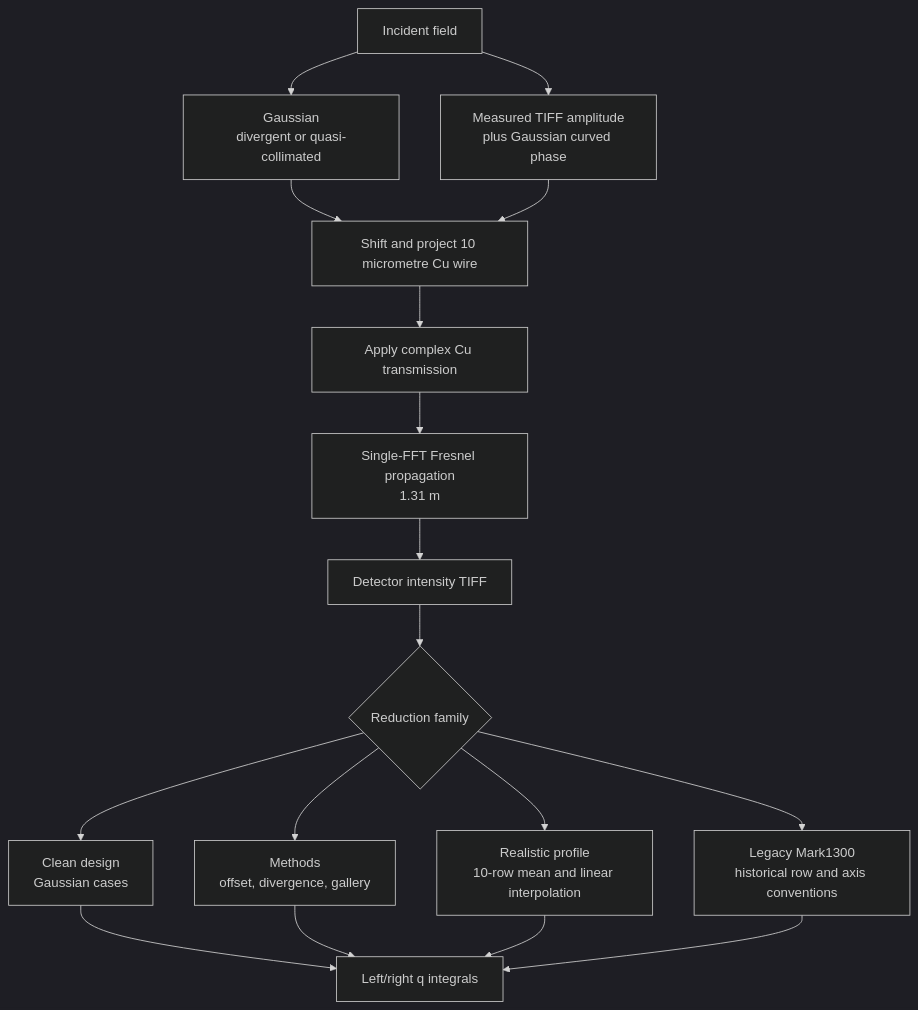
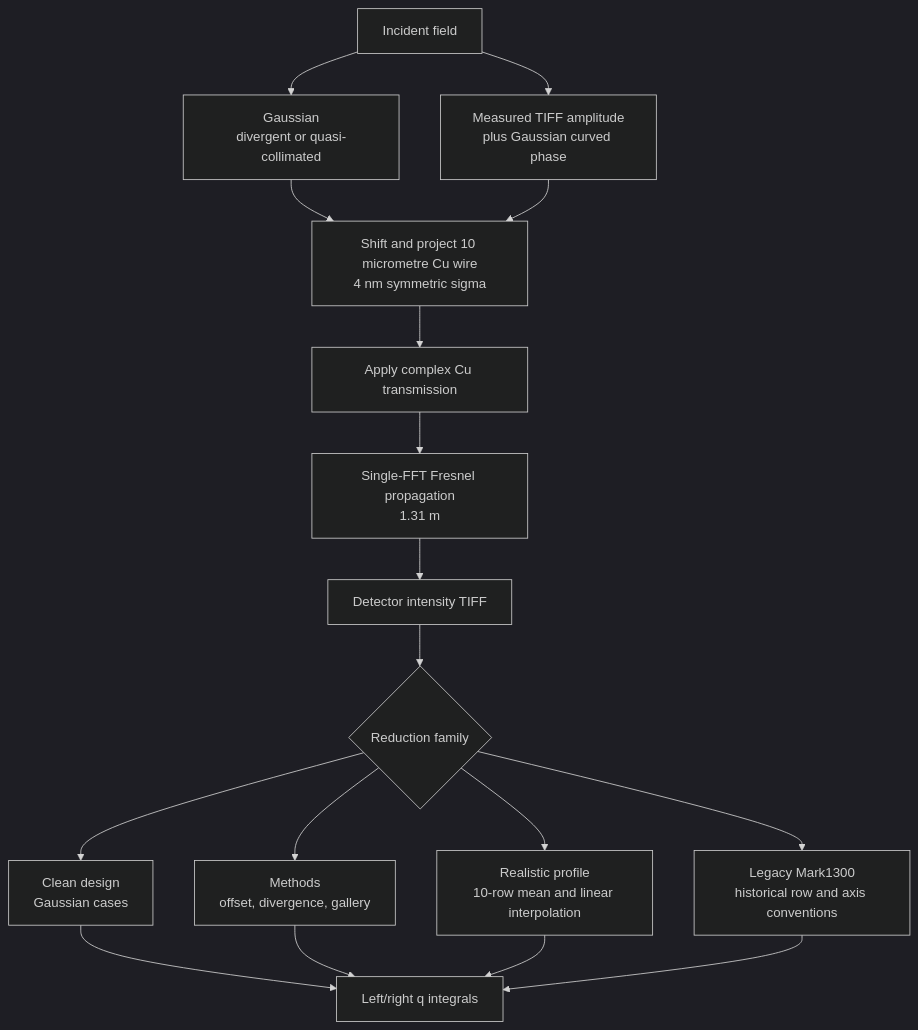
One commit to wenfe/PCI_Codebase changed the first of 2 diagrams in PCI_Codebase/docs/saxs_calculation_workflows.md. Above: the diagram before and after it, drawn with Mermaid (dark theme). The commit also changed other lines of this file and 9 other files, not shown here.

Commit message:
NEW Refactor SigmaL + Offset Spacing+ q shift

````diff
--- a/PCI_Codebase/docs/saxs_calculation_workflows.md
+++ b/PCI_Codebase/docs/saxs_calculation_workflows.md
@@ -12,19 +32,19 @@
 ```mermaid
 flowchart TD
     A[Incident field] --> A1[Gaussian<br/>divergent or quasi-collimated]
     A --> A2[Measured TIFF amplitude<br/>plus Gaussian curved phase]
-    A1 --> B[Shift and project 10 micrometre Cu wire]
+    A1 --> B[Shift and project 10 micrometre Cu wire<br/>4 nm symmetric sigma]
     A2 --> B
     B --> C[Apply complex Cu transmission]
     C --> D[Single-FFT Fresnel propagation<br/>1.31 m]
     D --> E[Detector intensity TIFF]
     E --> F{Reduction family}
     F --> G[Clean design<br/>Gaussian cases]
     F --> H[Methods<br/>offset, divergence, gallery]
     F --> I[Realistic profile<br/>10-row mean and linear interpolation]
     F --> J[Legacy Mark1300<br/>historical row and axis conventions]
     G --> K[Left/right q integrals]
     H --> K
     I --> K
     J --> K
 ```
````
